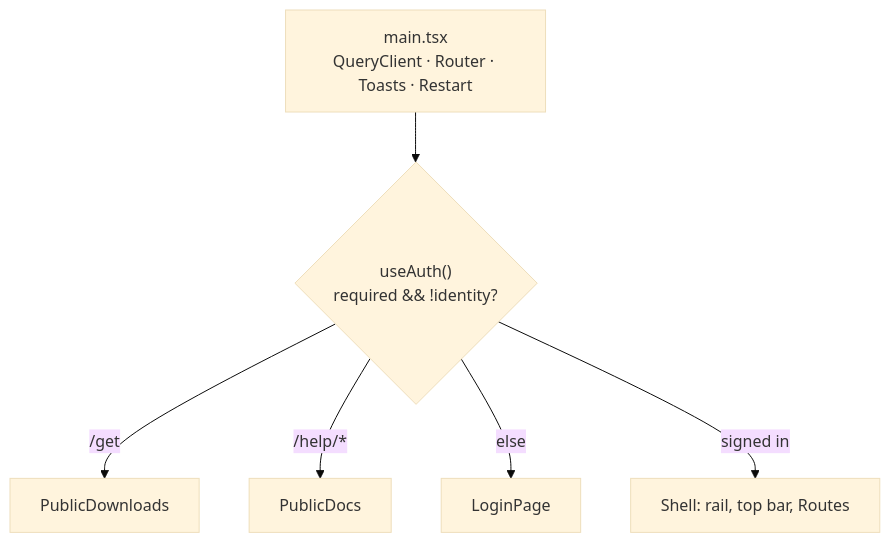
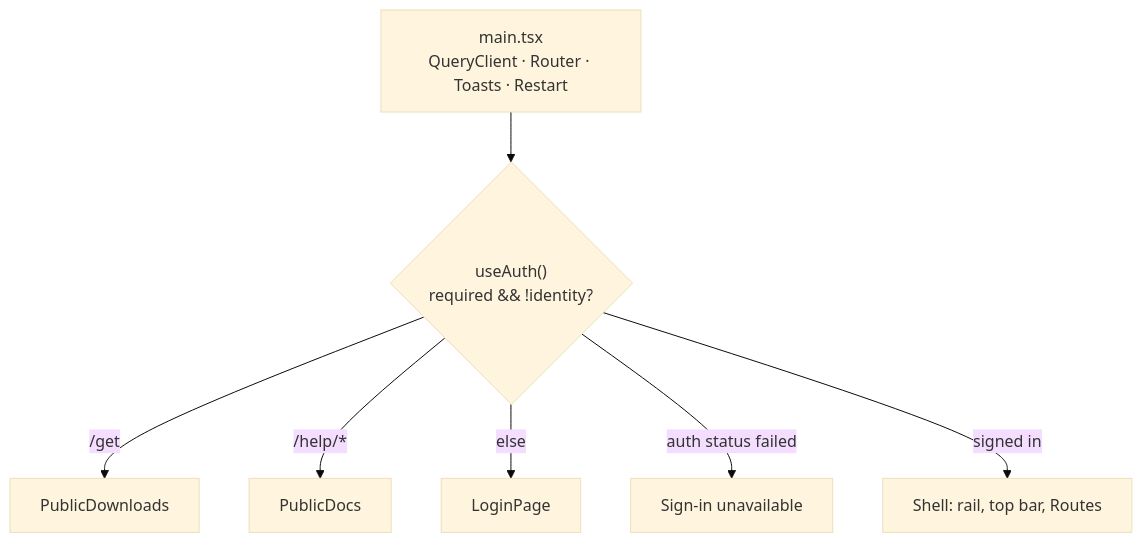
Before and after one commit to joeyenfield/ai-coding-agent-proxy: the diagram in .context/console.md, drawn with Mermaid (base theme). The commit also changed other lines of this file and 55 other files, not shown here.

````diff
--- a/.context/console.md
+++ b/.context/console.md
@@ -19,9 +19,10 @@
 ```mermaid
 flowchart TB
   main["main.tsx<br/>QueryClient · Router · Toasts · Restart"] --> App
   App{"useAuth()<br/>required && !identity?"}
   App -- "/get" --> PD["PublicDownloads"]
   App -- "/help/*" --> PH["PublicDocs"]
   App -- "else" --> Login["LoginPage"]
+  App -- "auth status failed" --> Unavailable["Sign-in unavailable"]
   App -- "signed in" --> Shell["Shell: rail, top bar, Routes"]
 ```
````
